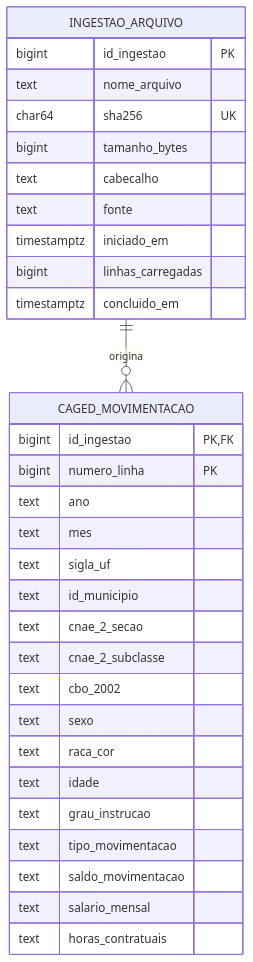
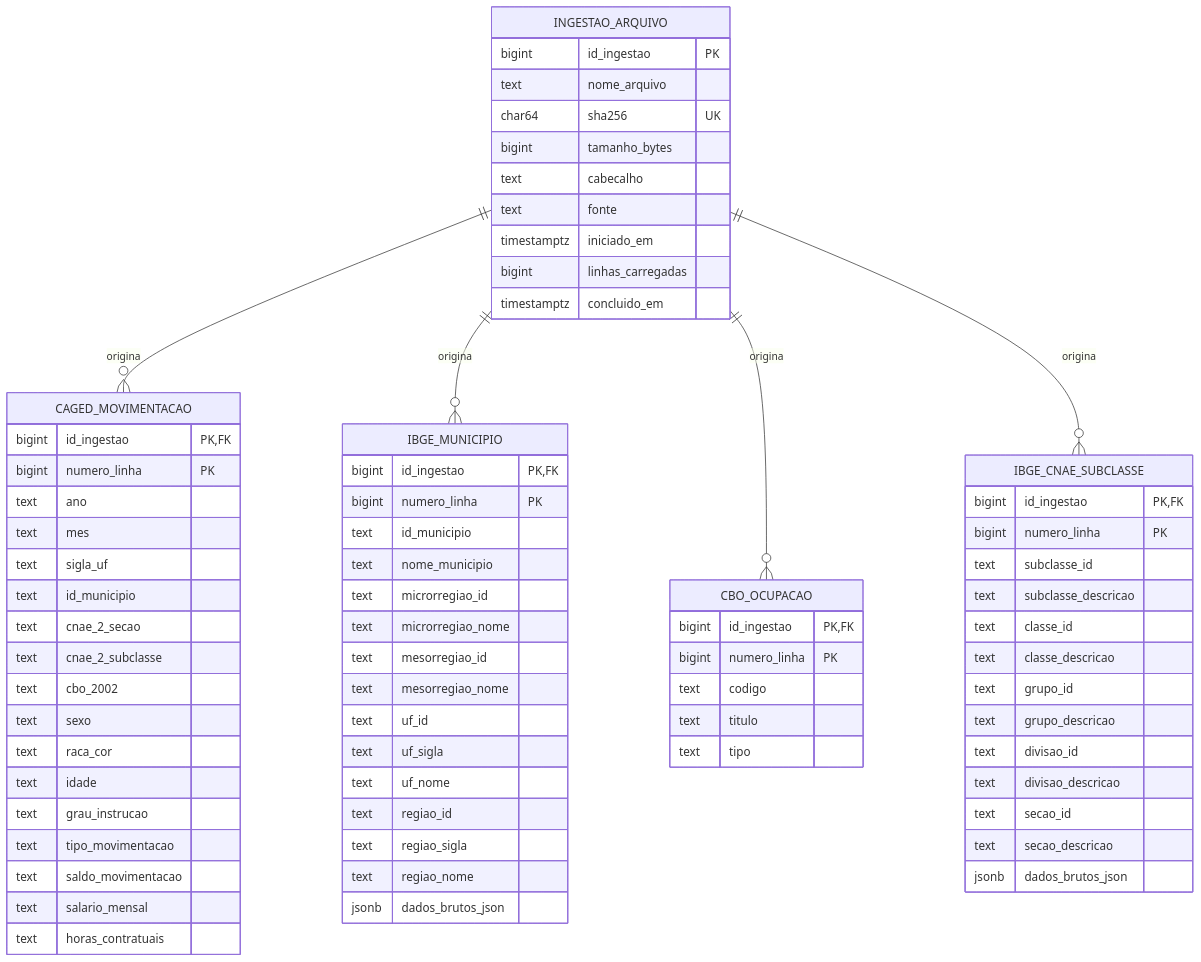
Before and after one commit to unb-bd2-2026-2-grupo-4/ProjetoIntegrado: the diagram in docs/camada-bronze.md, drawn with Mermaid. The commit also changed other lines of this file and 6 other files, not shown here.

````diff
--- a/docs/camada-bronze.md
+++ b/docs/camada-bronze.md
@@ -22,34 +45,81 @@
 ```mermaid
 erDiagram
     INGESTAO_ARQUIVO ||--o{ CAGED_MOVIMENTACAO : "origina"
+    INGESTAO_ARQUIVO ||--o{ IBGE_MUNICIPIO : "origina"
+    INGESTAO_ARQUIVO ||--o{ CBO_OCUPACAO : "origina"
+    INGESTAO_ARQUIVO ||--o{ IBGE_CNAE_SUBCLASSE : "origina"
+
     INGESTAO_ARQUIVO {
         bigint id_ingestao PK
         text nome_arquivo
         char64 sha256 UK
         bigint tamanho_bytes
         text cabecalho
         text fonte
         timestamptz iniciado_em
         bigint linhas_carregadas
         timestamptz concluido_em
     }
+
     CAGED_MOVIMENTACAO {
         bigint id_ingestao PK, FK
         bigint numero_linha PK
         text ano
         text mes
         text sigla_uf
         text id_municipio
         text cnae_2_secao
         text cnae_2_subclasse
         text cbo_2002
         text sexo
         text raca_cor
         text idade
         text grau_instrucao
         text tipo_movimentacao
         text saldo_movimentacao
         text salario_mensal
         text horas_contratuais
     }
+
+    IBGE_MUNICIPIO {
+        bigint id_ingestao PK, FK
+        bigint numero_linha PK
+        text id_municipio
+        text nome_municipio
+        text microrregiao_id
+        text microrregiao_nome
+        text mesorregiao_id
+        text mesorregiao_nome
+        text uf_id
+        text uf_sigla
+        text uf_nome
+        text regiao_id
+        text regiao_sigla
+        text regiao_nome
+        jsonb dados_brutos_json
+    }
+
+    CBO_OCUPACAO {
+        bigint id_ingestao PK, FK
+        bigint numero_linha PK
+        text codigo
+        text titulo
+        text tipo
+    }
+
+    IBGE_CNAE_SUBCLASSE {
+        bigint id_ingestao PK, FK
+        bigint numero_linha PK
+        text subclasse_id
+        text subclasse_descricao
+        text classe_id
+        text classe_descricao
+        text grupo_id
+        text grupo_descricao
+        text divisao_id
+        text divisao_descricao
+        text secao_id
+        text secao_descricao
+        jsonb dados_brutos_json
+    }
 ```
````
